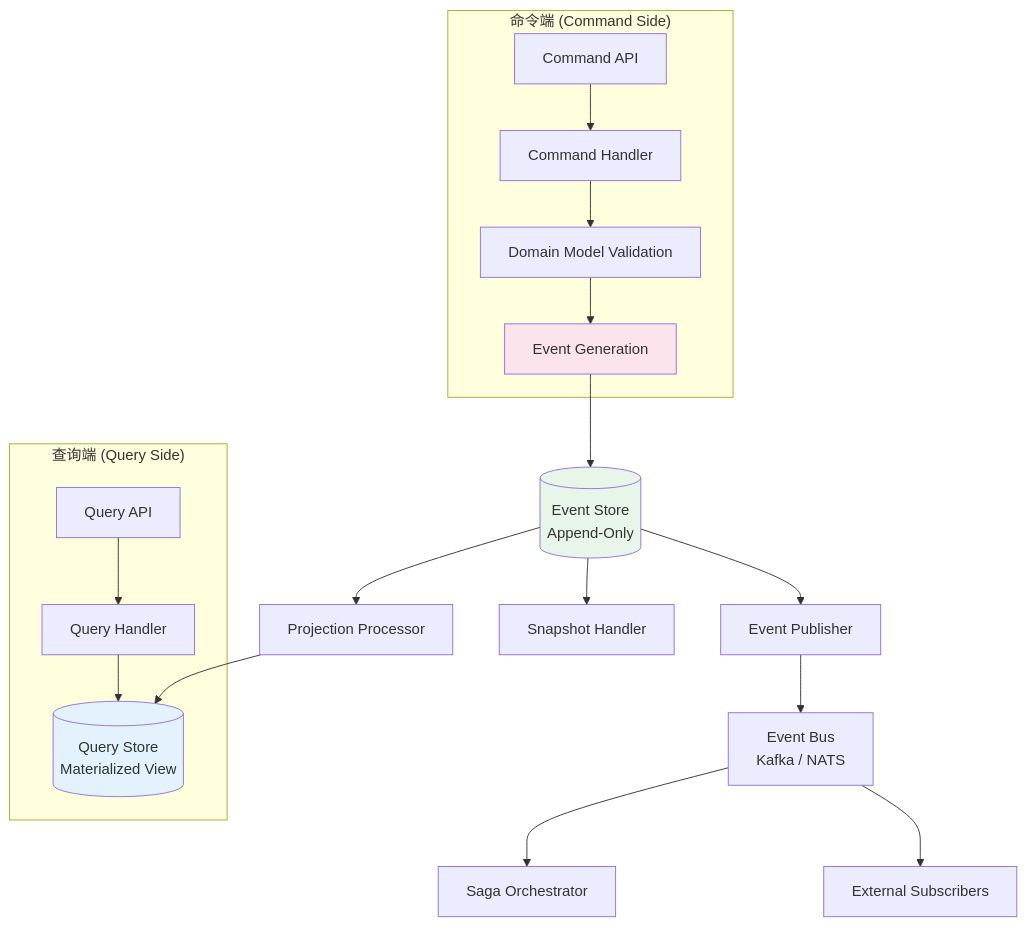
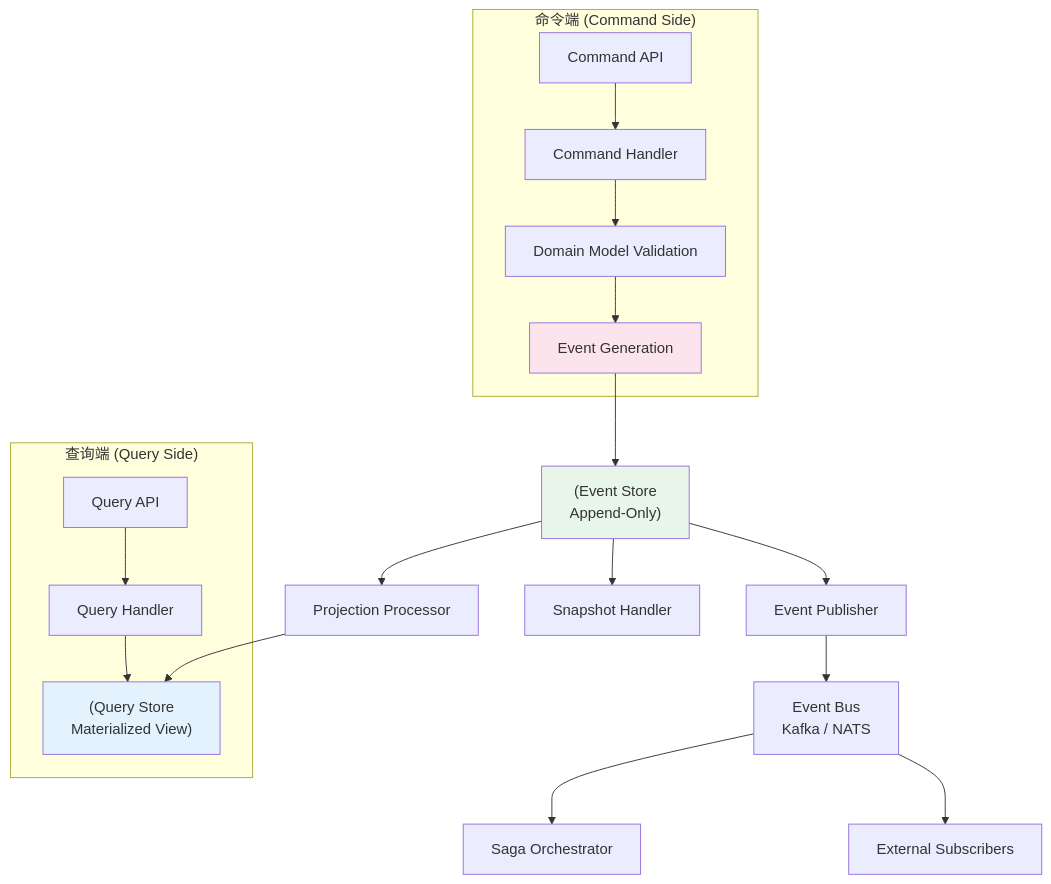
Before and after one commit to martin-ly/rust-lang: the diagram in concept/06_ecosystem/33_cqrs_event_sourcing.md, drawn with Mermaid. The commit also changed other lines of this file and 97 other files, not shown here.

````diff
--- a/concept/06_ecosystem/33_cqrs_event_sourcing.md
+++ b/concept/06_ecosystem/33_cqrs_event_sourcing.md
@@ -202,29 +206,29 @@
 ```mermaid
 graph TB
     subgraph "命令端 (Command Side)"
         C1[Command API] --> C2[Command Handler]
         C2 --> C3[Domain Model Validation]
         C3 --> C4[Event Generation]
     end
 
-    C4 --> E1[(Event Store<br/>Append-Only)]
+    C4 --> E1["(Event Store<br/>Append-Only)"]
 
     E1 --> P1[Projection Processor]
     E1 --> P2[Snapshot Handler]
     E1 --> P3[Event Publisher]
 
-    P1 --> Q1[(Query Store<br/>Materialized View)]
+    P1 --> Q1["(Query Store<br/>Materialized View)"]
 
     subgraph "查询端 (Query Side)"
         Q2[Query API] --> Q3[Query Handler]
         Q3 --> Q1
     end
 
     P3 --> B1[Event Bus<br/>Kafka / NATS]
     B1 --> S1[Saga Orchestrator]
     B1 --> S2[External Subscribers]
 
     style E1 fill:#e8f5e9
     style Q1 fill:#e3f2fd
     style C4 fill:#fce4ec
 ```
````
